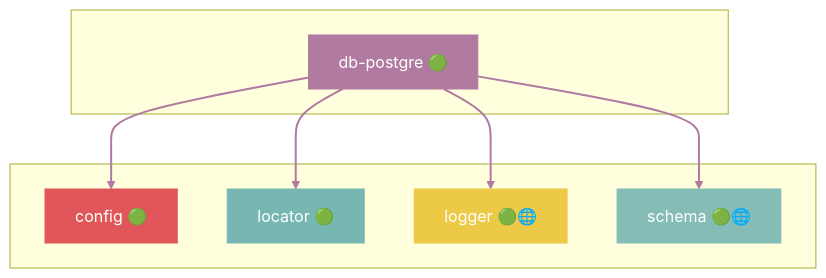
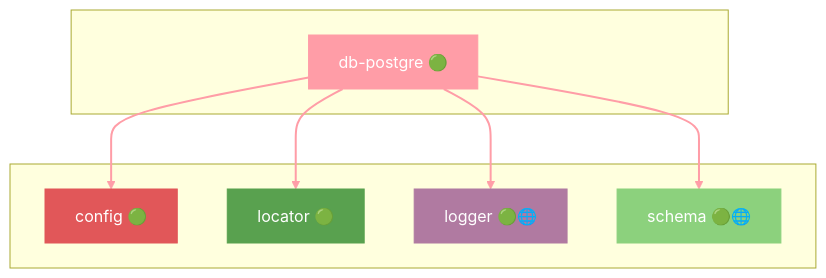
Before and after one commit to grest-ts/grest-ts: the ninth of 41 diagrams in docs/DEPENDENCIES.md, drawn with Mermaid. The commit also changed other lines of this file and 29 other files, not shown here.

````diff
--- a/docs/DEPENDENCIES.md
+++ b/docs/DEPENDENCIES.md
@@ -601,25 +611,25 @@
 ```mermaid
 flowchart TB
     subgraph Package[" "]
         db-postgre["db-postgre 🟢"]
     end
     subgraph Dependencies[" "]
         config["config 🟢"]
         locator["locator 🟢"]
         logger["logger 🟢🌐"]
         schema["schema 🟢🌐"]
     end
     db-postgre --> config
     db-postgre --> locator
     db-postgre --> logger
     db-postgre --> schema
-    style db-postgre fill:#B07AA1,stroke:#B07AA1,color:#fff
+    style db-postgre fill:#FF9DA7,stroke:#FF9DA7,color:#fff
     style config fill:#E15759,stroke:#E15759,color:#fff
-    style locator fill:#76B7B2,stroke:#76B7B2,color:#fff
-    style logger fill:#EDC948,stroke:#EDC948,color:#fff
-    style schema fill:#86BCB6,stroke:#86BCB6,color:#fff
-    linkStyle 0 stroke:#B07AA1,stroke-width:2px
-    linkStyle 1 stroke:#B07AA1,stroke-width:2px
-    linkStyle 2 stroke:#B07AA1,stroke-width:2px
-    linkStyle 3 stroke:#B07AA1,stroke-width:2px
+    style locator fill:#59A14F,stroke:#59A14F,color:#fff
+    style logger fill:#B07AA1,stroke:#B07AA1,color:#fff
+    style schema fill:#8CD17D,stroke:#8CD17D,color:#fff
+    linkStyle 0 stroke:#FF9DA7,stroke-width:2px
+    linkStyle 1 stroke:#FF9DA7,stroke-width:2px
+    linkStyle 2 stroke:#FF9DA7,stroke-width:2px
+    linkStyle 3 stroke:#FF9DA7,stroke-width:2px
 ```
````
